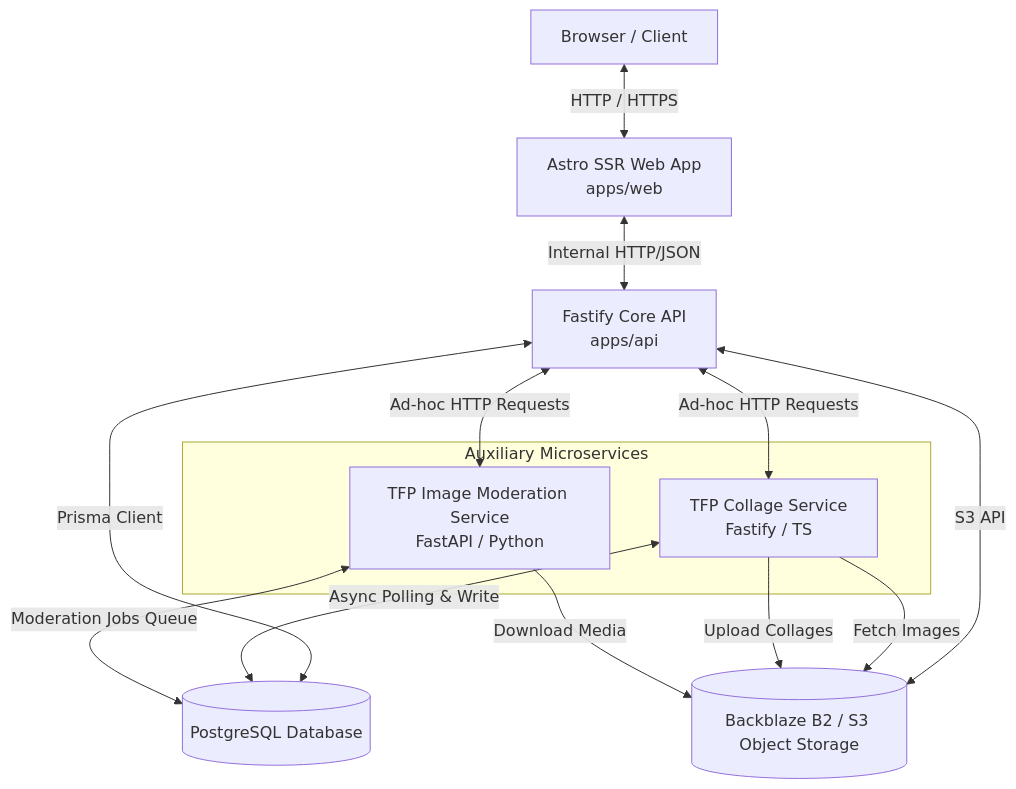
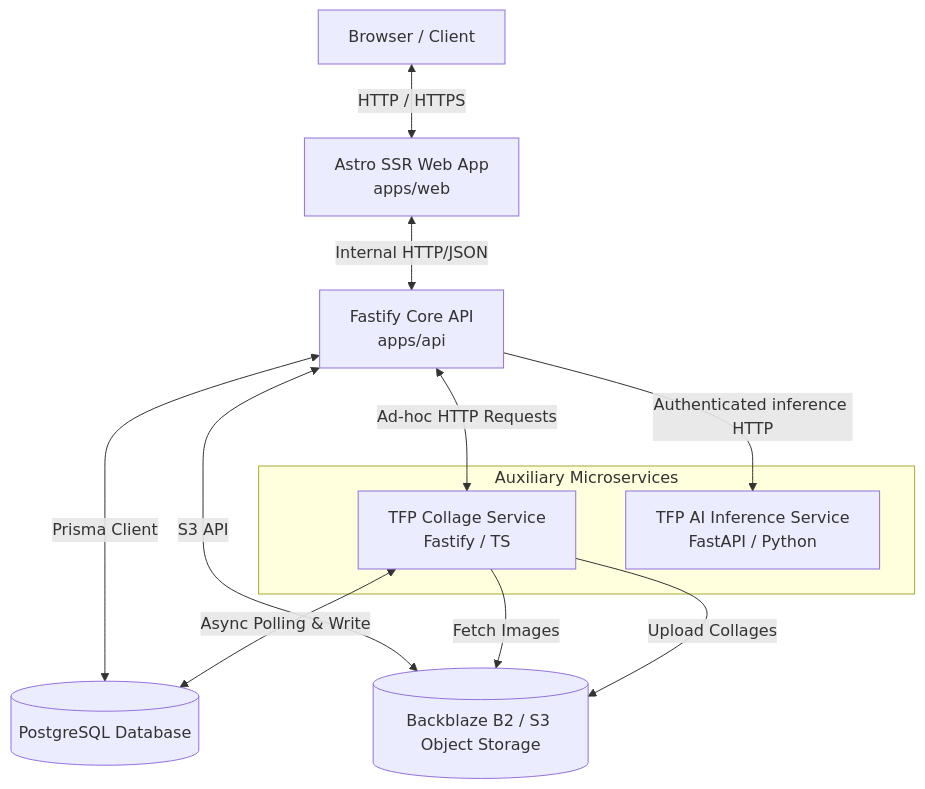
The diagram in README.md (mrgauravgupt/tfp-main-orchestator), drawn with Mermaid before and after one commit. The commit also changed other lines of this file and 12 other files, not shown here.

First line of the commit message:
feat(uat): replace V1 with stateless inference service

````diff
--- a/README.md
+++ b/README.md
@@ -11,22 +11,19 @@
 ```mermaid
 graph TD
     Client[Browser / Client] <-->|HTTP / HTTPS| AstroWeb[Astro SSR Web App<br/>apps/web]
     AstroWeb <-->|Internal HTTP/JSON| FastifyAPI[Fastify Core API<br/>apps/api]
     FastifyAPI <-->|Prisma Client| Postgres[(PostgreSQL Database)]
     FastifyAPI <-->|S3 API| Storage[(Backblaze B2 / S3 Object Storage)]
 
     subgraph "Auxiliary Microservices"
         CollageService[TFP Collage Service<br/>Fastify / TS]
-        ModerationService[TFP Image Moderation Service<br/>FastAPI / Python]
+        InferenceService[TFP AI Inference Service<br/>FastAPI / Python]
     end
 
     CollageService <-->|Async Polling & Write| Postgres
     CollageService -->|Fetch Images| Storage
     CollageService -->|Upload Collages| Storage
 
-    ModerationService <-->|Moderation Jobs Queue| Postgres
-    ModerationService -->|Download Media| Storage
-
     FastifyAPI <-->|Ad-hoc HTTP Requests| CollageService
-    FastifyAPI <-->|Ad-hoc HTTP Requests| ModerationService
+    FastifyAPI -->|Authenticated inference HTTP| InferenceService
 ```
````
